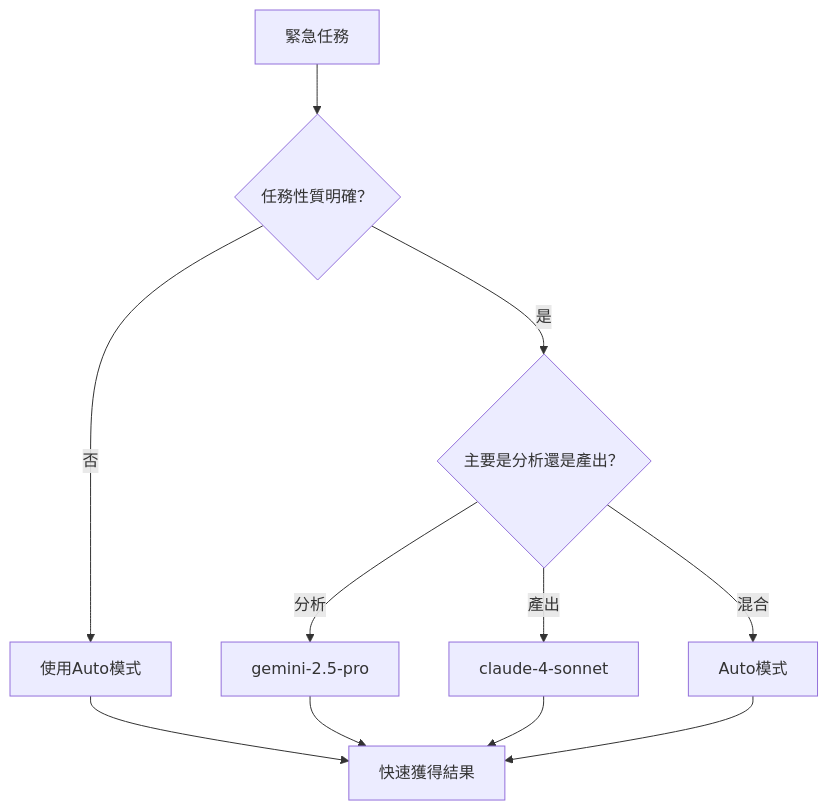
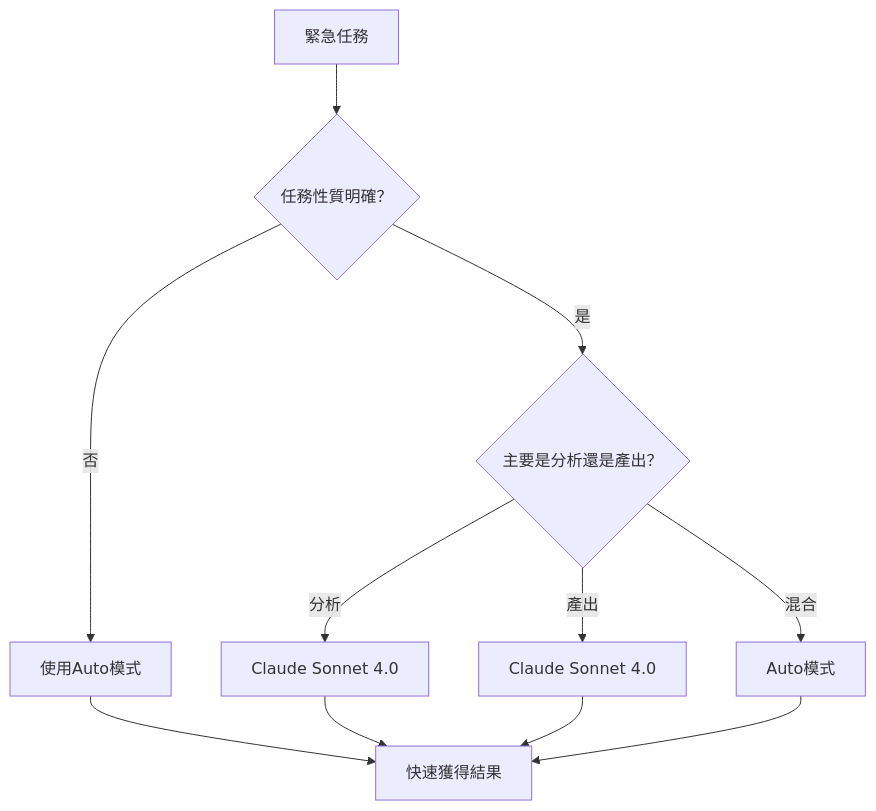
Before and after one commit to spyua/pm-ai-driven-reverse-engineering: the third of 3 diagrams in docs/chapters/04-model-selection.md, drawn with Mermaid. The commit also changed other lines of this file and 1 other file, not shown here.

Commit message:
更新模型選擇章節，將思考型和執行型模型的示例統一為Claude Sonnet 4.0，並調整相關推薦模型的描述，提升文檔的一致性與可讀性。更新檔案路徑以反映最新的代碼結構，確保產品經理能夠更準確地理解系統功能。

````diff
--- a/docs/chapters/04-model-selection.md
+++ b/docs/chapters/04-model-selection.md
@@ -547,13 +547,13 @@
 ```mermaid
 graph TD
     A[緊急任務] --> B{任務性質明確？}
     B -->|是| C{主要是分析還是產出？}
     B -->|否| D[使用Auto模式]
-    C -->|分析| E[gemini-2.5-pro]
-    C -->|產出| F[claude-4-sonnet]
+    C -->|分析| E[Claude Sonnet 4.0]
+    C -->|產出| F[Claude Sonnet 4.0]
     C -->|混合| G[Auto模式]
     D --> H[快速獲得結果]
     E --> H
     F --> H
     G --> H
 ```
````
